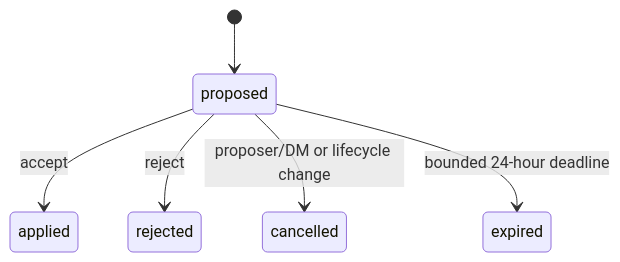
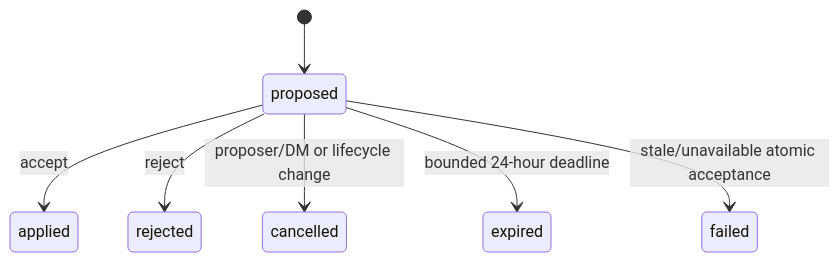
Before and after one commit to TrueMichato/ThelemarTools: the fifth of 7 diagrams in docs/hub/domain-model.md, drawn with Mermaid. The commit also changed other lines of this file and 75 other files, not shown here.

````diff
--- a/docs/hub/domain-model.md
+++ b/docs/hub/domain-model.md
@@ -172,8 +172,9 @@
 ```mermaid
 stateDiagram-v2
   [*] --> proposed
   proposed --> applied: accept
   proposed --> rejected: reject
   proposed --> cancelled: proposer/DM or lifecycle change
   proposed --> expired: bounded 24-hour deadline
+  proposed --> failed: stale/unavailable atomic acceptance
 ```
````
